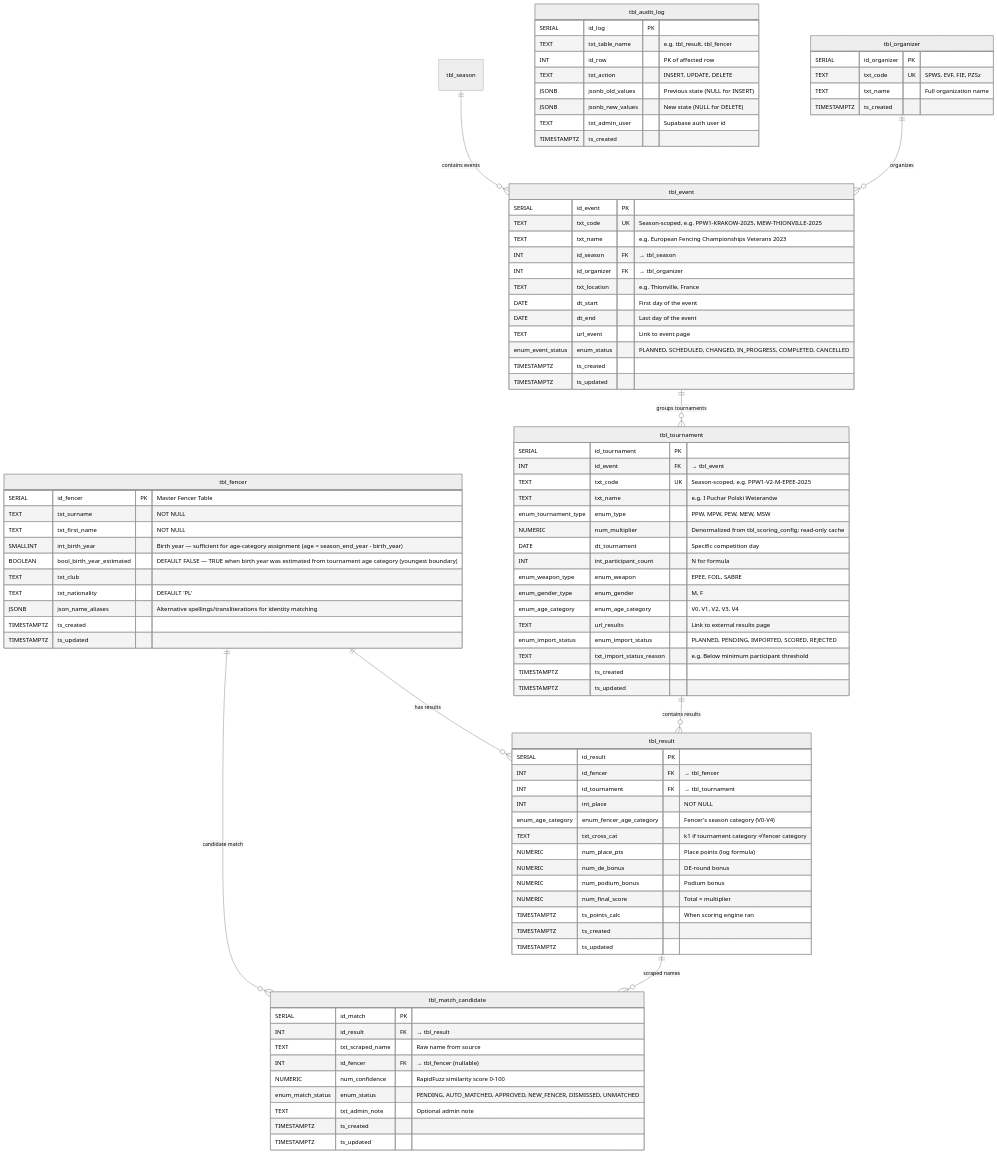
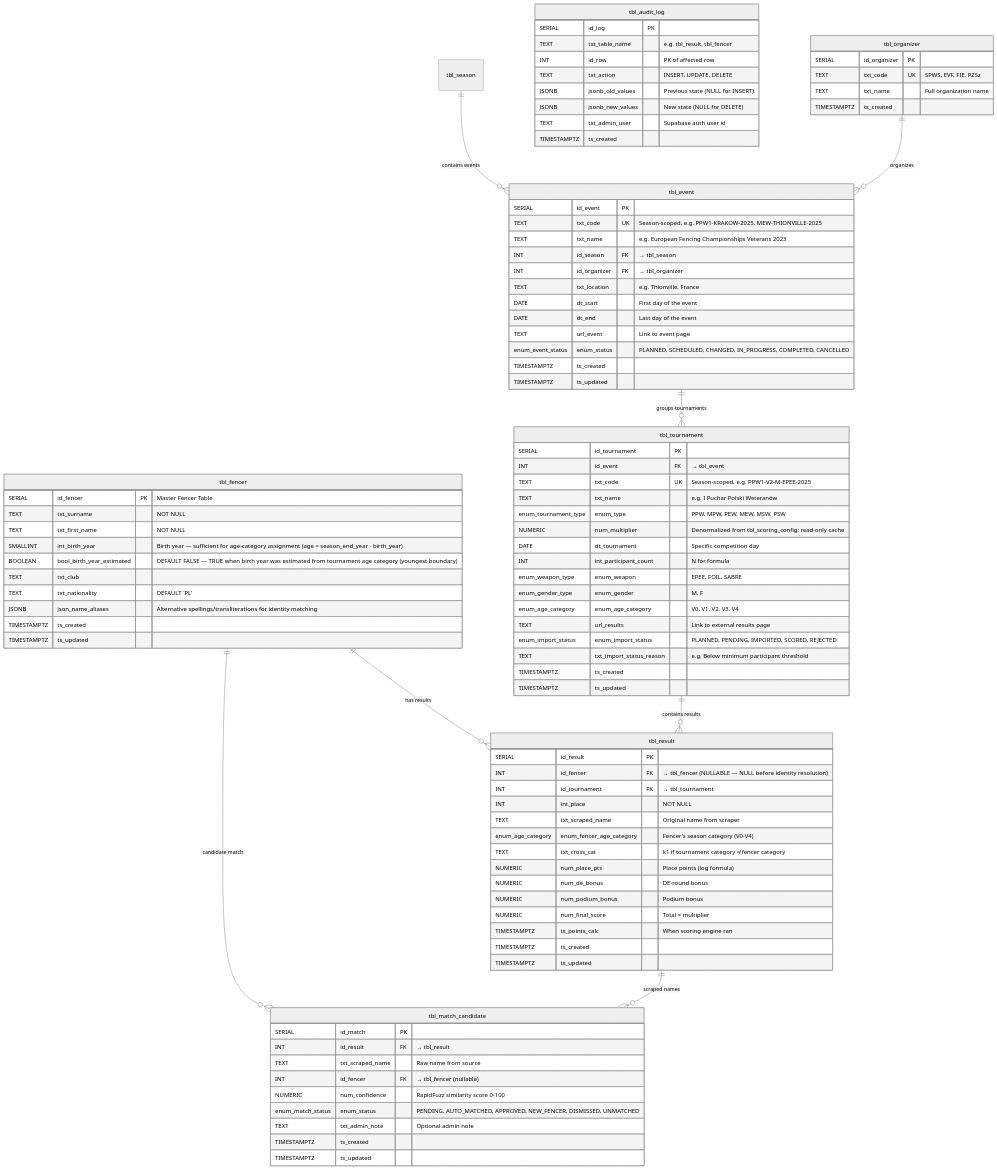
One commit to Fencer4Life/spws-automated-ranklist changed the third of 6 diagrams in doc/Project Specification. SPWS Automated Ranklist System.md. Above: the diagram before and after it, drawn with Mermaid (neutral theme). The commit also changed other lines of this file and 30 other files, not shown here.

```diff
--- a/doc/Project Specification. SPWS Automated Ranklist System.md
+++ b/doc/Project Specification. SPWS Automated Ranklist System.md
@@ -808,7 +835,7 @@
         INT id_event FK "→ tbl_event"
         TEXT txt_code UK "Season-scoped, e.g. PPW1-V2-M-EPEE-2025"
         TEXT txt_name "e.g. I Puchar Polski Weteranów"
-        enum_tournament_type enum_type "PPW, MPW, PEW, MEW, MSW"
+        enum_tournament_type enum_type "PPW, MPW, PEW, MEW, MSW, PSW"
         NUMERIC num_multiplier "Denormalized from tbl_scoring_config; read-only cache"
         DATE dt_tournament "Specific competition day"
         INT int_participant_count "N for formula"
@@ -824,9 +851,10 @@
 
     tbl_result {
         SERIAL id_result PK
-        INT id_fencer FK "→ tbl_fencer"
+        INT id_fencer FK "→ tbl_fencer (NULLABLE — NULL before identity resolution)"
         INT id_tournament FK "→ tbl_tournament"
         INT int_place "NOT NULL"
+        TEXT txt_scraped_name "Original name from scraper"
         enum_age_category enum_fencer_age_category "Fencer's season category (V0-V4)"
         TEXT txt_cross_cat "k1 if tournament category ≠ fencer category"
         NUMERIC num_place_pts "Place points (log formula)"
```
